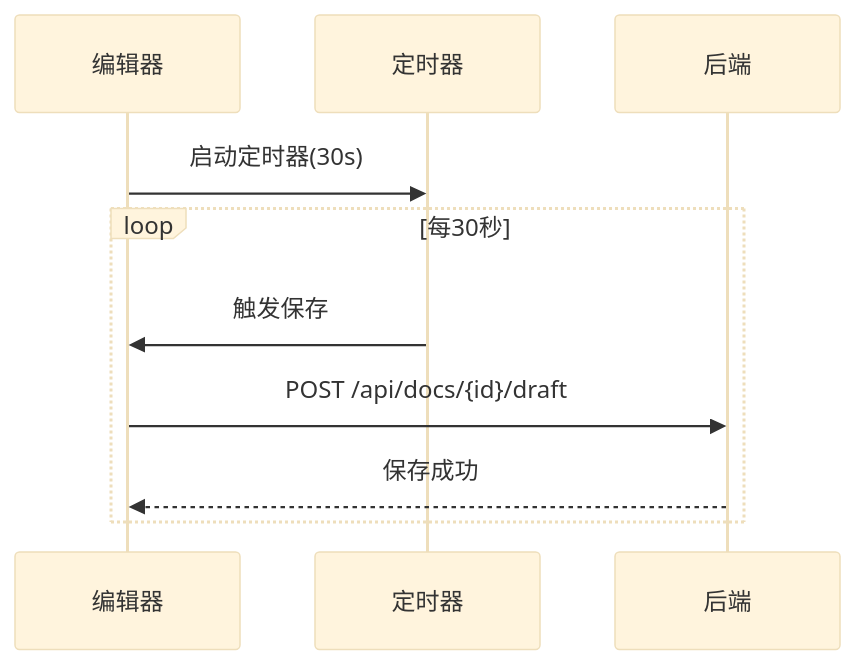
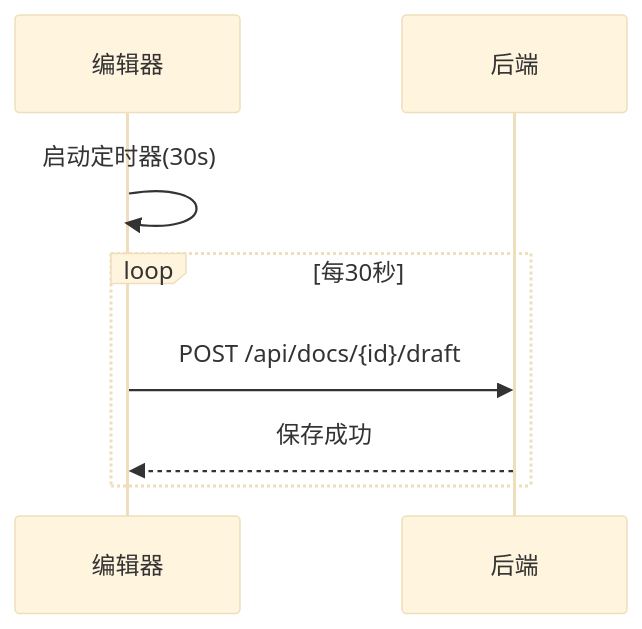
The seventh of 10 diagrams in docs/系统架构设计文档.md (WZP358/Wiki), drawn with Mermaid (base theme) before and after one commit. The commit also changed other lines of this file and 550 other files, not shown here.

````diff
--- a/docs/系统架构设计文档.md
+++ b/docs/系统架构设计文档.md
@@ -252,13 +201,11 @@
 ```mermaid
 sequenceDiagram
     participant E as 编辑器
-    participant T as 定时器
     participant B as 后端
 
-    E->>T: 启动定时器(30s)
+    E->>E: 启动定时器(30s)
     loop 每30秒
-        T->>E: 触发保存
         E->>B: POST /api/docs/{id}/draft
         B-->>E: 保存成功
     end
 ```
````
